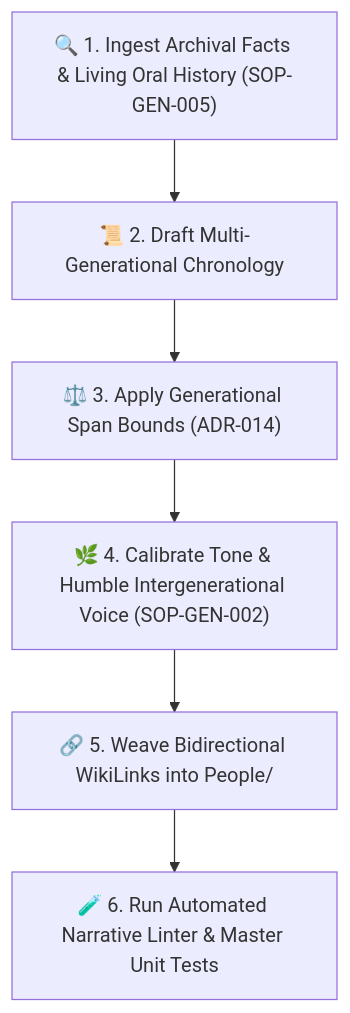
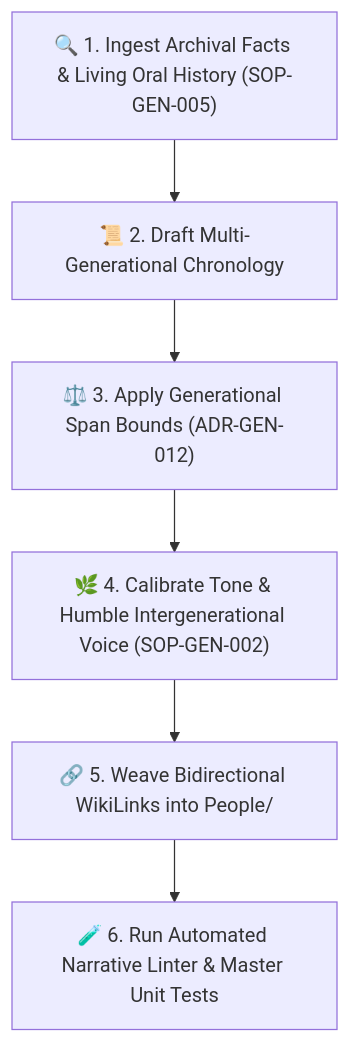
The diagram in .claude/skills/genealogical-narrative-curator.md (Kern-River-Boaters/gpx), drawn with Mermaid before and after one commit. The commit also changed other lines of this file and 35 other files, not shown here.

````diff
--- a/.claude/skills/genealogical-narrative-curator.md
+++ b/.claude/skills/genealogical-narrative-curator.md
@@ -20,8 +20,8 @@
 ```mermaid
 graph TD
     A["🔍 1. Ingest Archival Facts & Living Oral History (SOP-GEN-005)"] --> B["📜 2. Draft Multi-Generational Chronology"]
-    B --> C["⚖️ 3. Apply Generational Span Bounds (ADR-014)"]
+    B --> C["⚖️ 3. Apply Generational Span Bounds (ADR-GEN-012)"]
     C --> D["🌿 4. Calibrate Tone & Humble Intergenerational Voice (SOP-GEN-002)"]
     D --> E["🔗 5. Weave Bidirectional WikiLinks into People/"]
     E --> F["🧪 6. Run Automated Narrative Linter & Master Unit Tests"]
 ```
````
